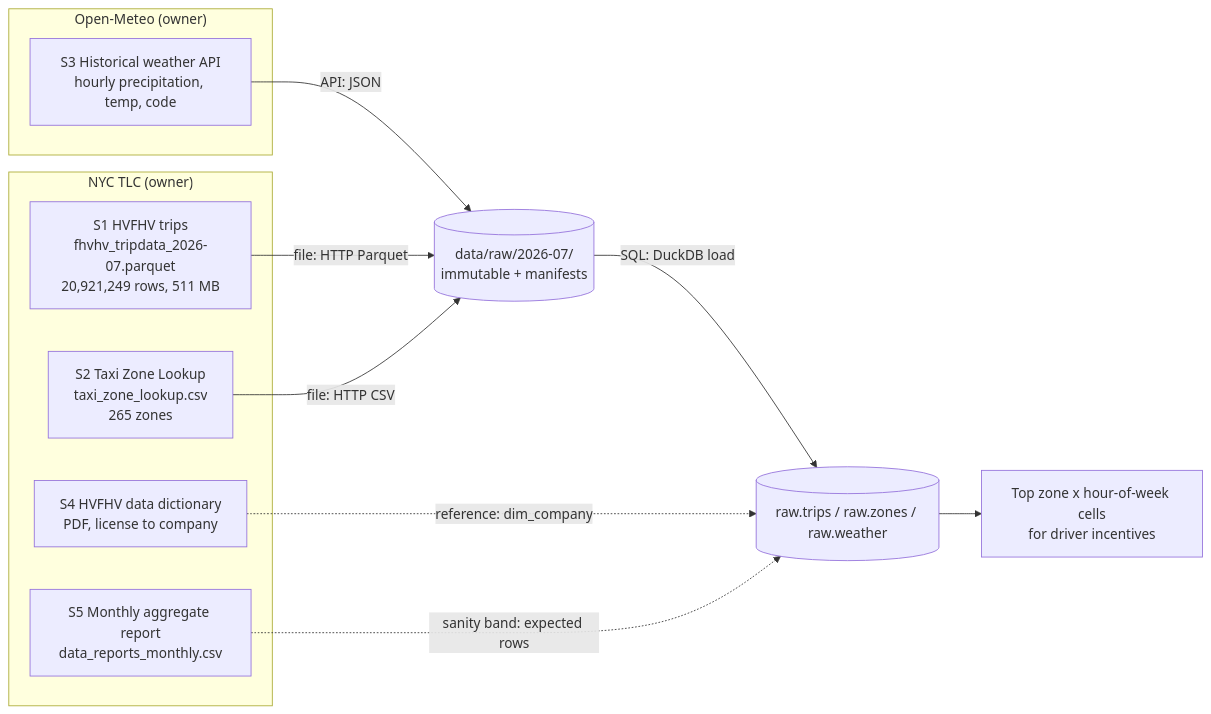
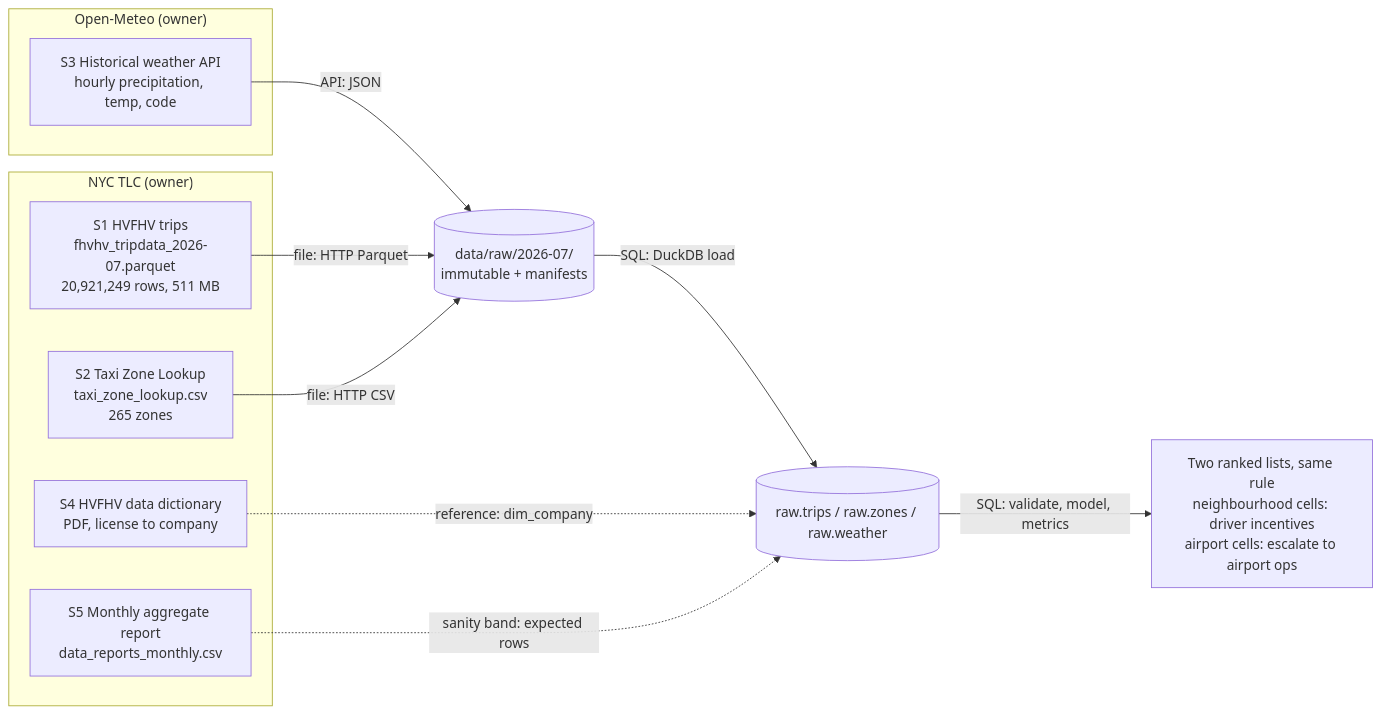
The diagram in docs/source_map.mmd (u7k4rs6/Late_Pickup_Radar), drawn with Mermaid before and after one commit. The commit also changed 11 other files, not shown here.

Commit message:
phase 8: demo targets, show rule/top-cells/metrics, evidence.html, compact console summary; phase 7: diagrams rendered to PNG with mermaid-cli

```diff
--- a/docs/source_map.mmd
+++ b/docs/source_map.mmd
@@ -1,18 +1,18 @@
 %% Late Pickup Radar: source map (verified values in docs/source_map.md)
 flowchart LR
   subgraph TLC["NYC TLC (owner)"]
     S1["S1 HVFHV trips<br/>fhvhv_tripdata_2026-07.parquet<br/>20,921,249 rows, 511 MB"]
     S2["S2 Taxi Zone Lookup<br/>taxi_zone_lookup.csv<br/>265 zones"]
     S4["S4 HVFHV data dictionary<br/>PDF, license to company"]
     S5["S5 Monthly aggregate report<br/>data_reports_monthly.csv"]
   end
   subgraph OM["Open-Meteo (owner)"]
     S3["S3 Historical weather API<br/>hourly precipitation, temp, code"]
   end
   S1 -- "file: HTTP Parquet" --> RAW[("data/raw/2026-07/<br/>immutable + manifests")]
   S2 -- "file: HTTP CSV" --> RAW
   S3 -- "API: JSON" --> RAW
   RAW -- "SQL: DuckDB load" --> WH[("raw.trips / raw.zones / raw.weather")]
   S4 -. "reference: dim_company" .-> WH
   S5 -. "sanity band: expected rows" .-> WH
-  WH --> DEC["Top zone x hour-of-week cells<br/>for driver incentives"]
+  WH -- "SQL: validate, model, metrics" --> DEC["Two ranked lists, same rule<br/>neighbourhood cells: driver incentives<br/>airport cells: escalate to airport ops"]
```
